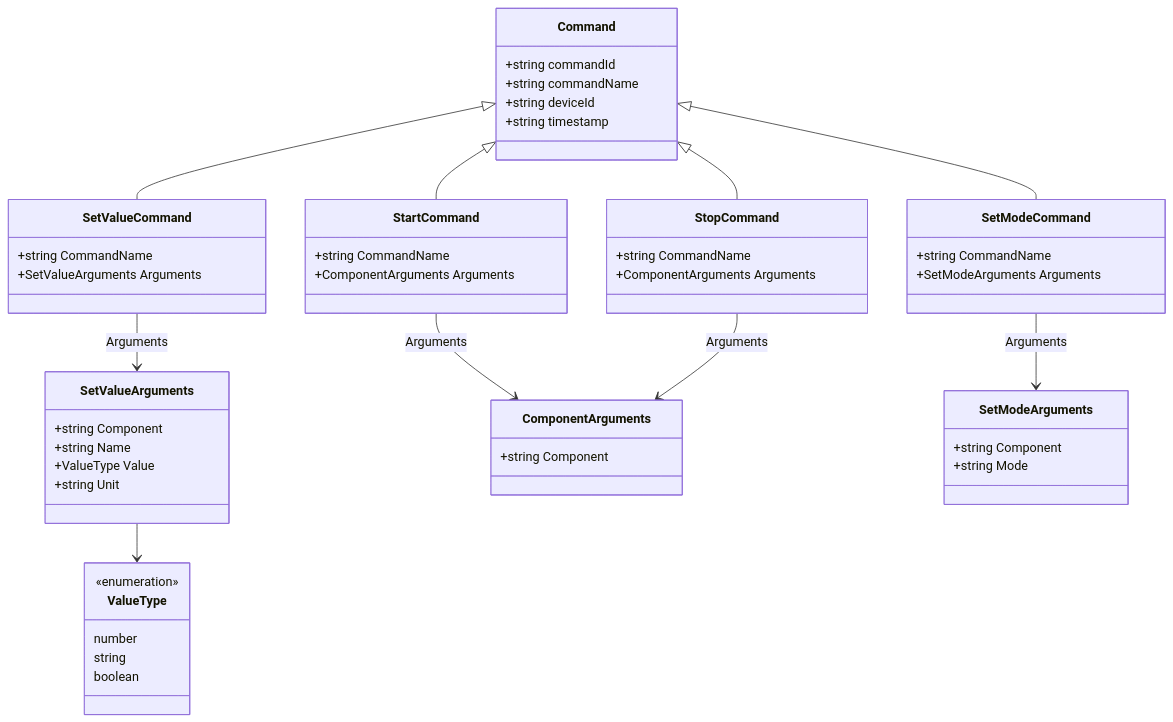
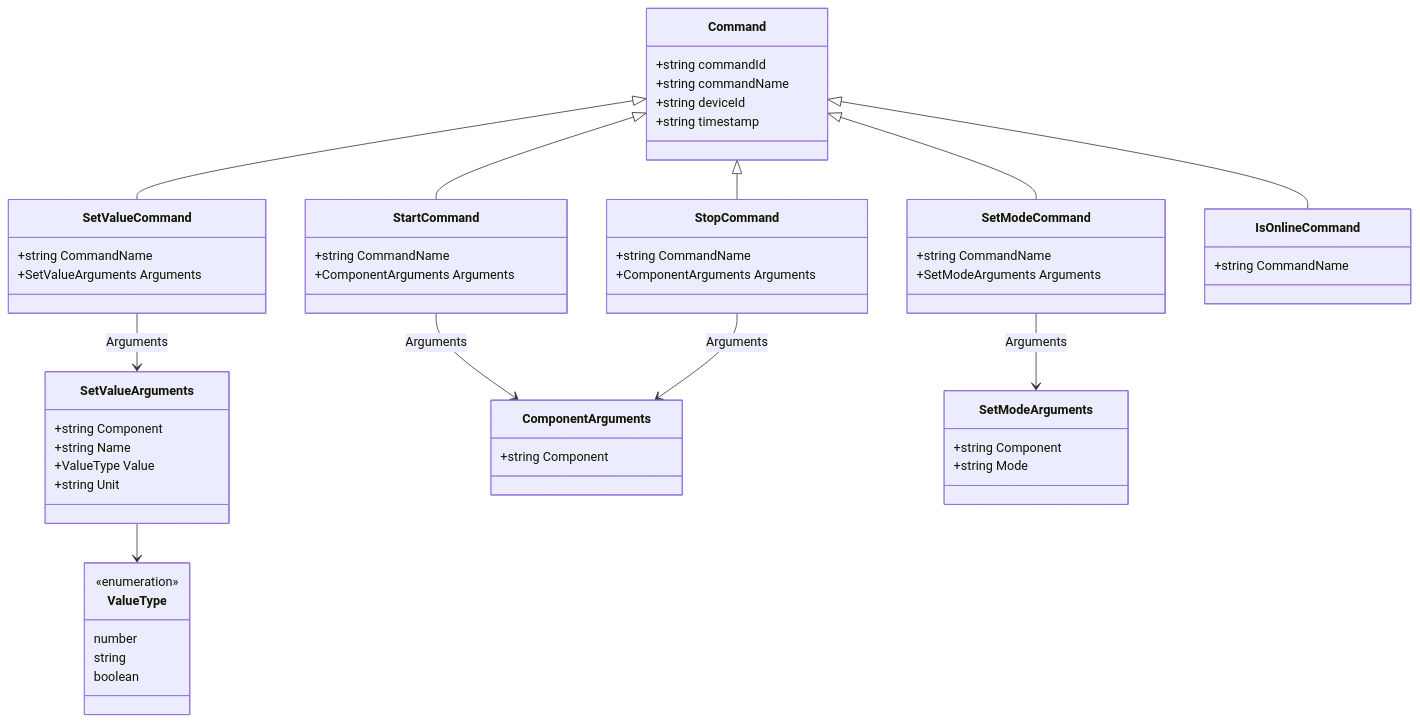
The third of 3 diagrams in docs/design.md (ishavmahajan/CSCN72030-Sec2-GroupS1-2), drawn with Mermaid before and after one commit. The commit also changed other lines of this file, not shown here.

````diff
--- a/docs/design.md
+++ b/docs/design.md
@@ -341,62 +356,67 @@
 ```mermaid
 classDiagram
     class Command {
         +string commandId
         +string commandName
         +string deviceId
         +string timestamp
     }
 
     class SetValueArguments {
         +string Component
         +string Name
         +ValueType Value
         +string Unit
     }
 
     class SetValueCommand {
         +string CommandName
         +SetValueArguments Arguments
     }
 
     class ComponentArguments {
         +string Component
     }
 
     class StartCommand {
         +string CommandName
         +ComponentArguments Arguments
     }
 
     class StopCommand {
         +string CommandName
         +ComponentArguments Arguments
     }
 
     class SetModeArguments {
         +string Component
         +string Mode
     }
 
     class SetModeCommand {
         +string CommandName
         +SetModeArguments Arguments
     }
 
+    class IsOnlineCommand {
+        +string CommandName
+    }
+
     class ValueType {
         <<enumeration>>
         number
         string
         boolean
     }
 
     Command <|-- SetValueCommand
     Command <|-- StartCommand
     Command <|-- StopCommand
     Command <|-- SetModeCommand
+    Command <|-- IsOnlineCommand
     SetValueCommand --> SetValueArguments : Arguments
     SetValueArguments --> ValueType
     StartCommand --> ComponentArguments : Arguments
     StopCommand --> ComponentArguments : Arguments
     SetModeCommand --> SetModeArguments : Arguments
 ```
````
